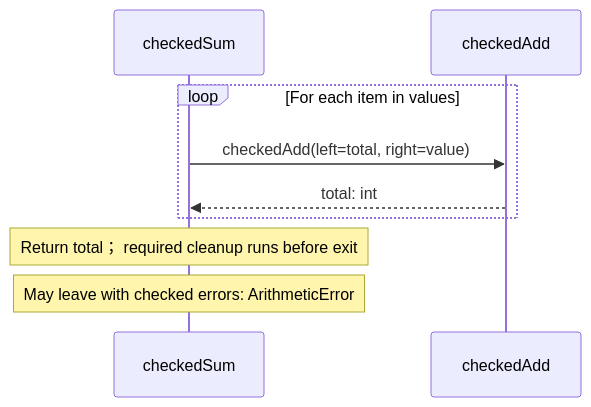
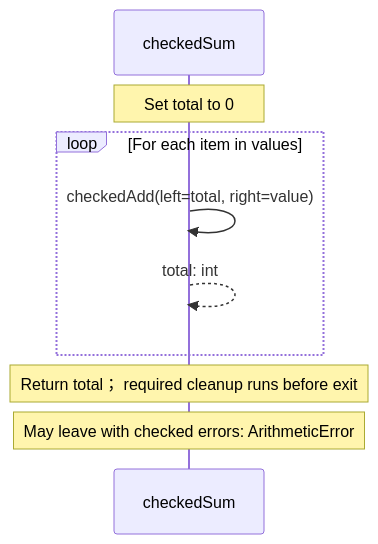
Before and after one commit to GreenPandaStudios/augscript: the seventh of 7 diagrams in src/stdlib/math/integers.aug.diagrams.md, drawn with Mermaid. The commit also changed other lines of this file and 304 other files, not shown here.

Commit message:
Make generated data-flow sequences concise and review every diagram

````diff
--- a/src/stdlib/math/integers.aug.diagrams.md
+++ b/src/stdlib/math/integers.aug.diagrams.md
@@ -149,11 +143,12 @@
 ```mermaid
 sequenceDiagram
     participant p0 as checkedSum
-    participant p1 as checkedAdd
+
+    Note over p0: Set total to 0
     loop For each item in values
-    p0->>p1: checkedAdd(left=total, right=value)
-    p1-->>p0: total: int
+    p0->>p0: checkedAdd(left=total, right=value)
+    p0-->>p0: total: int
     end
     Note over p0: Return total； required cleanup runs before exit
     Note over p0: May leave with checked errors: ArithmeticError
 ```
````
